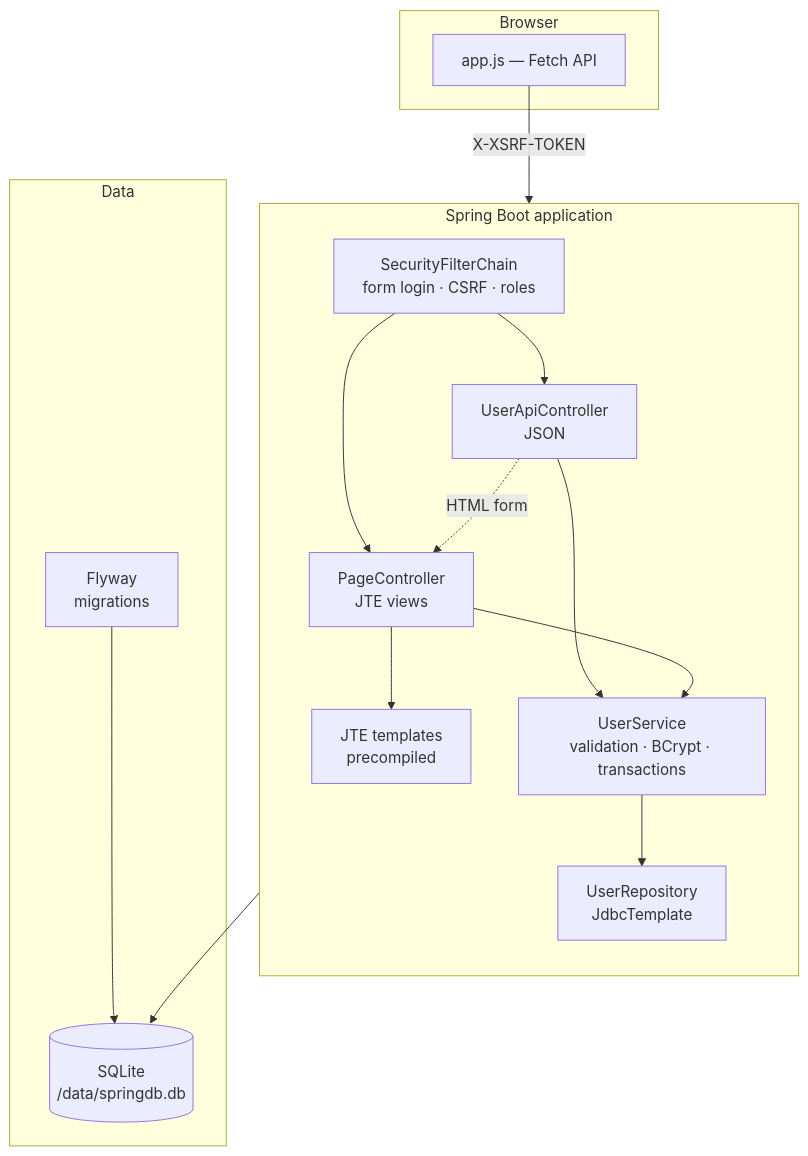
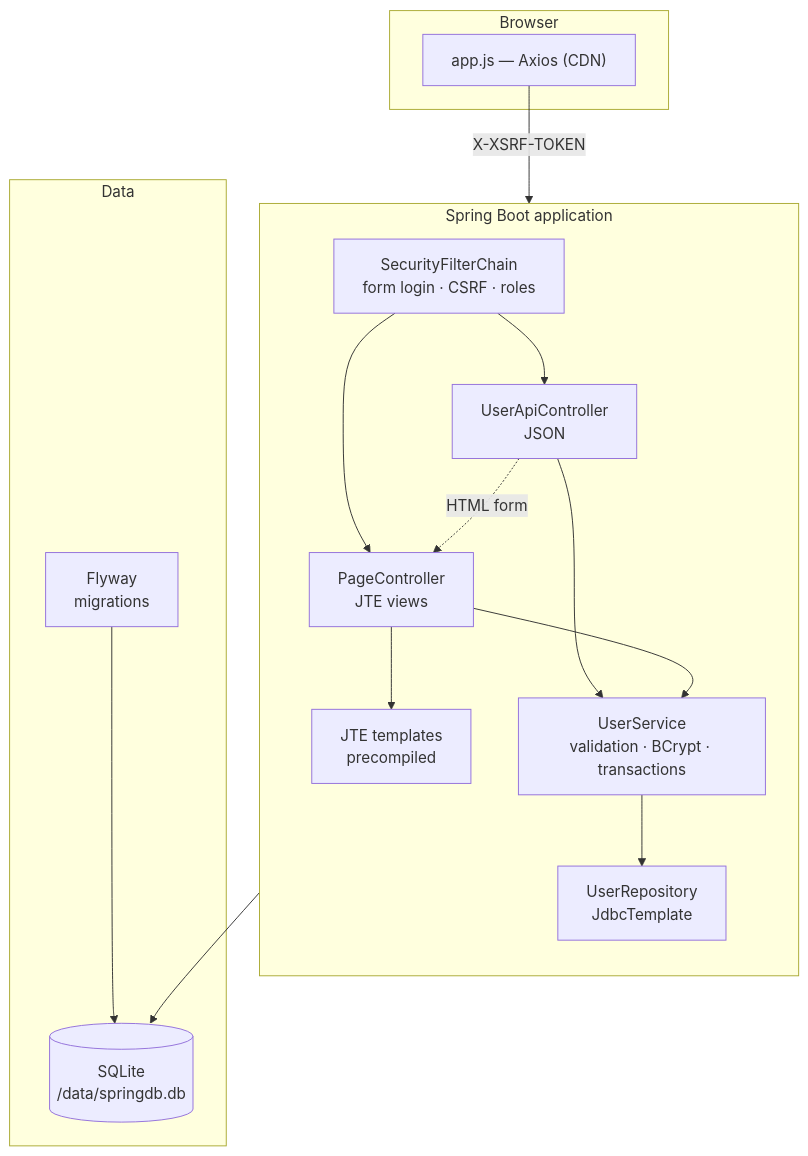
Before and after one commit to harrysuke/springsqlite: the first of 3 diagrams in TECHNICAL.md, drawn with Mermaid. The commit also changed other lines of this file and 9 other files, not shown here.

````diff
--- a/TECHNICAL.md
+++ b/TECHNICAL.md
@@ -44,30 +45,30 @@
 ```mermaid
 flowchart TB
     subgraph client["Browser"]
-        JS["app.js — Fetch API"]
+        JS["app.js — Axios (CDN)"]
     end
 
     subgraph app["Spring Boot application"]
         direction TB
         SEC["SecurityFilterChain<br/>form login · CSRF · roles"]
         PC["PageController<br/>JTE views"]
         API["UserApiController<br/>JSON"]
         SVC["UserService<br/>validation · BCrypt · transactions"]
         REPO["UserRepository<br/>JdbcTemplate"]
         JTE["JTE templates<br/>precompiled"]
         SEC --> PC & API
         PC --> JTE
         API & PC --> SVC
         SVC --> REPO
     end
 
     subgraph data["Data"]
         FLY["Flyway<br/>migrations"]
         DB[("SQLite<br/>/data/springdb.db")]
         FLY --> DB
         REPO --> DB
     end
 
     JS -->|"X-XSRF-TOKEN"| API
     API -.->|"HTML form"| PC
 ```
````
